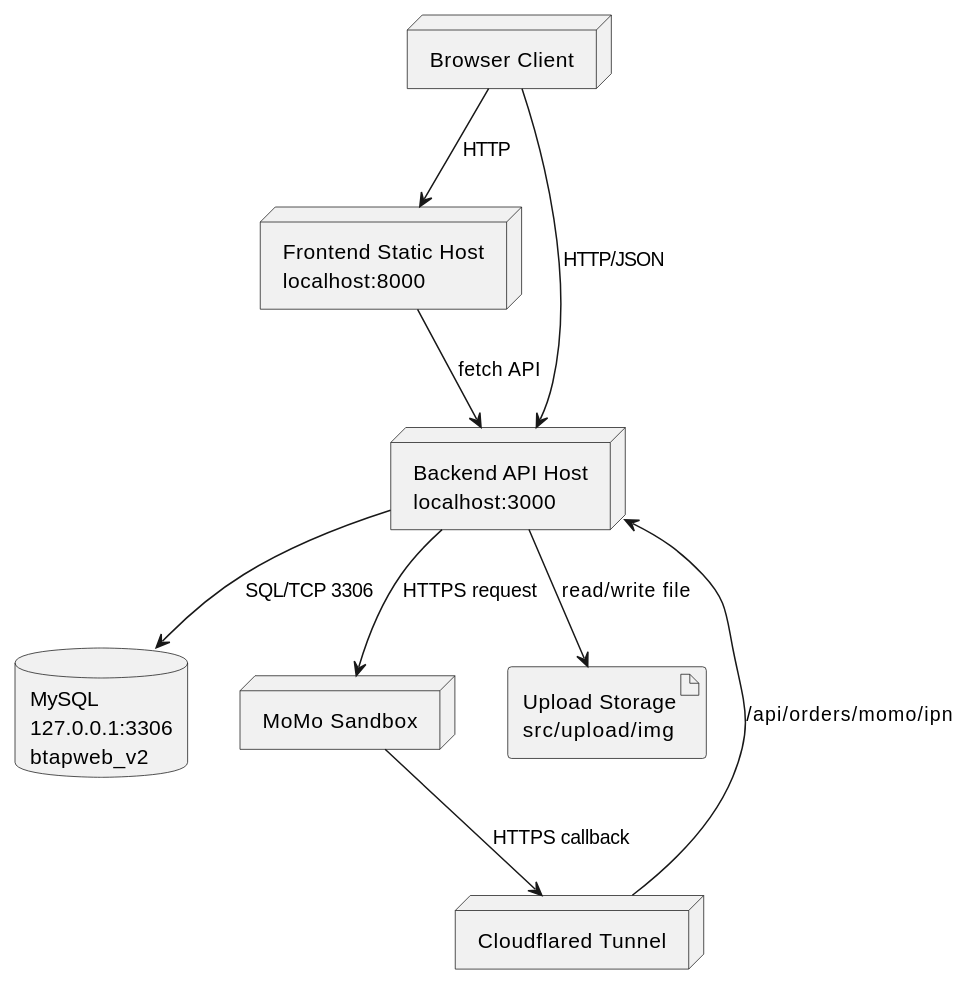
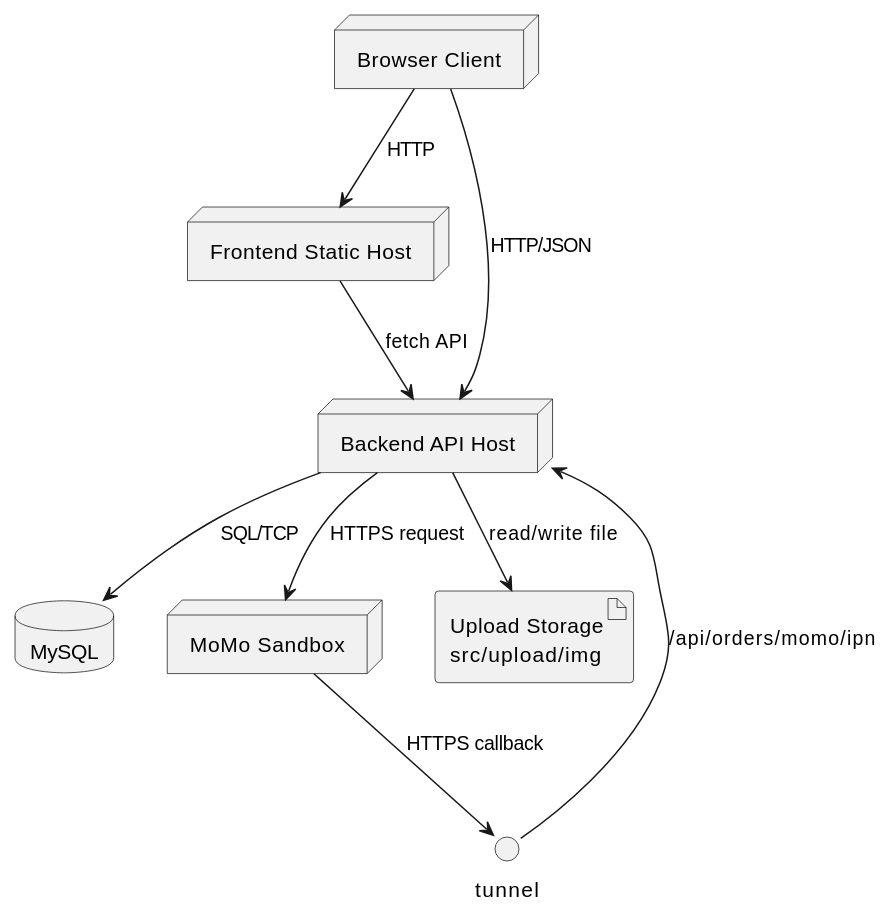
One commit to tamdt131005/backend_api_kttkpm changed the second of 2 diagrams in docs/diagram-data/deployment-diagram-data.md. Above: the diagram before and after it, drawn with PlantUML. The commit also changed other lines of this file and 18 other files, not shown here.

````diff
--- a/docs/diagram-data/deployment-diagram-data.md
+++ b/docs/diagram-data/deployment-diagram-data.md
@@ -68,20 +68,19 @@
 ```plantuml
 @startuml
 node "Browser Client" as client
-node "Frontend Static Host\nlocalhost:8000" as fe
-node "Backend API Host\nlocalhost:3000" as be
-database "MySQL\n127.0.0.1:3306\nbtapweb_v2" as db
-node "Cloudflared Tunnel" as tunnel
+node "Frontend Static Host" as fe
+node "Backend API Host" as be
+database "MySQL" as db
 node "MoMo Sandbox" as momo
 artifact "Upload Storage\nsrc/upload/img" as upload
 
 client --> fe : HTTP
 client --> be : HTTP/JSON
 fe --> be : fetch API
-be --> db : SQL/TCP 3306
+be --> db : SQL/TCP 
 be --> upload : read/write file
 be --> momo : HTTPS request
 momo --> tunnel : HTTPS callback
 tunnel --> be : /api/orders/momo/ipn
 @enduml
 ```
````
